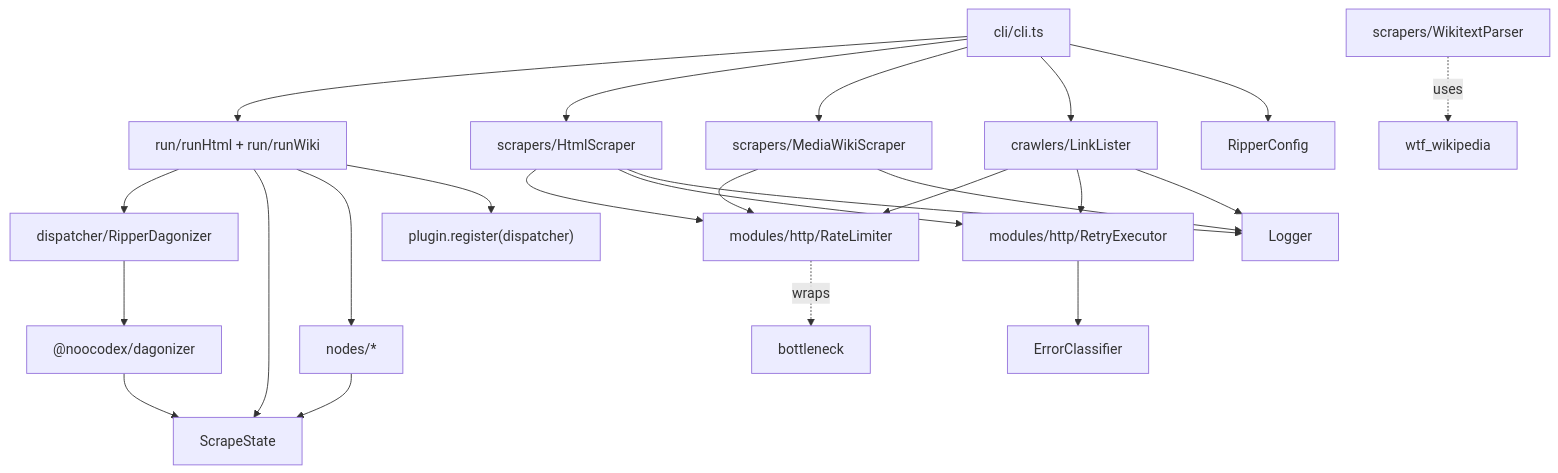
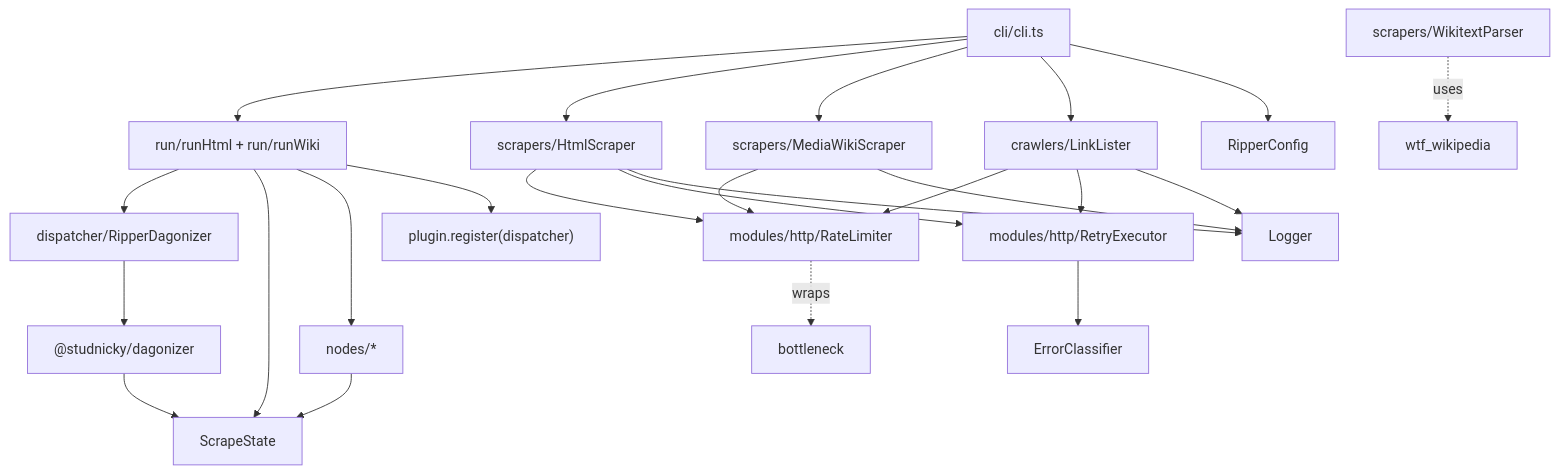
One commit to Studnicky/PathRipper changed the first of 19 diagrams in docs/architecture.md. Above: the diagram before and after it, drawn with Mermaid. The commit also changed other lines of this file and 25 other files, not shown here.

````diff
--- a/docs/architecture.md
+++ b/docs/architecture.md
@@ -7,33 +7,33 @@
 ```mermaid
 graph TD
     CLI[cli/cli.ts] --> RipperRun
     CLI --> HtmlScraper
     CLI --> MediaWikiScraper
     CLI --> LinkLister
     CLI --> RipperConfig
 
     RipperRun[run/runHtml + run/runWiki] --> RipperDagonizer
     RipperRun --> ScrapeState
     RipperRun --> BuiltinNodes
     RipperRun --> PluginRegister["plugin.register(dispatcher)"]
 
     RipperDagonizer[dispatcher/RipperDagonizer] --> Dagonizer
-    Dagonizer["@noocodex/dagonizer"] --> ScrapeState
+    Dagonizer["@studnicky/dagonizer"] --> ScrapeState
 
     BuiltinNodes[nodes/*] --> ScrapeState
 
     HtmlScraper[scrapers/HtmlScraper] --> RateLimiter
     HtmlScraper --> RetryExecutor
     HtmlScraper --> Logger
 
     MediaWikiScraper[scrapers/MediaWikiScraper] --> RateLimiter
     MediaWikiScraper --> Logger
     WikitextParser[scrapers/WikitextParser] -.uses.-> wtf_wikipedia
 
     LinkLister[crawlers/LinkLister] --> RateLimiter
     LinkLister --> RetryExecutor
     LinkLister --> Logger
 
     RetryExecutor[modules/http/RetryExecutor] --> ErrorClassifier
     RateLimiter[modules/http/RateLimiter] -.wraps.-> bottleneck
 ```
````
